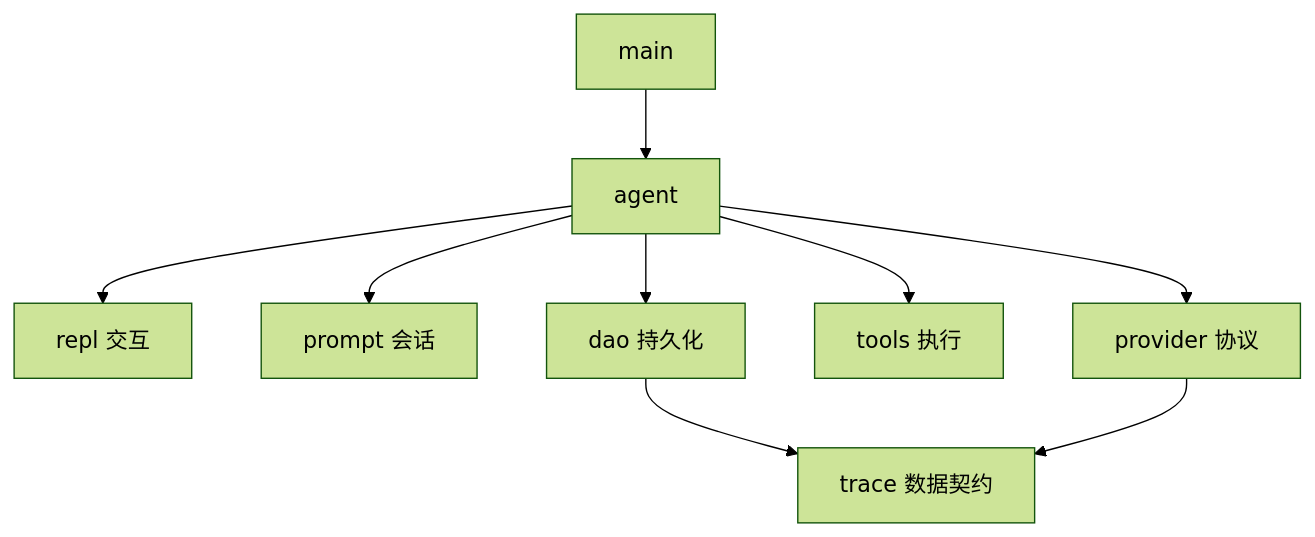
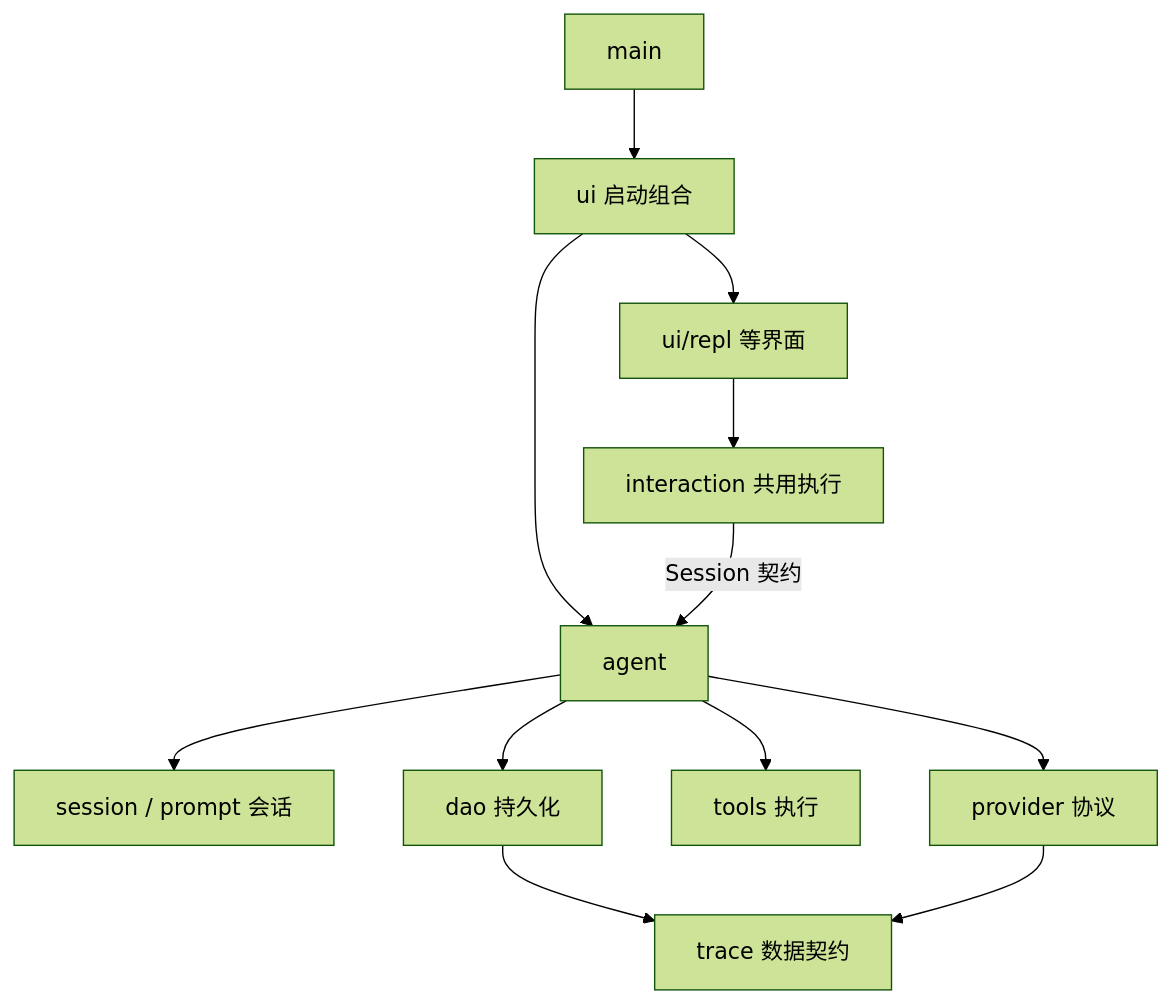
One commit to Godyu97/geer-agent changed the diagram in doc/learn-rust/01-basics/10-modules-and-docs.md. Above: the diagram before and after it, drawn with Mermaid (forest theme). The commit also changed other lines of this file and 30 other files, not shown here.

````diff
--- a/doc/learn-rust/01-basics/10-modules-and-docs.md
+++ b/doc/learn-rust/01-basics/10-modules-and-docs.md
@@ -33,11 +33,14 @@
 ```mermaid
 flowchart TD
-    A[main] --> B[agent]
-    B --> C[repl 交互]
-    B --> D[prompt 会话]
+    A[main] --> U[ui 启动组合]
+    U --> C[ui/repl 等界面]
+    U --> B[agent]
+    C --> I[interaction 共用执行]
+    I -->|Session 契约| B
+    B --> D[session / prompt 会话]
     B --> E[provider 协议]
     B --> F[tools 执行]
     B --> G[dao 持久化]
     G --> H[trace 数据契约]
     E --> H
 ```
````
